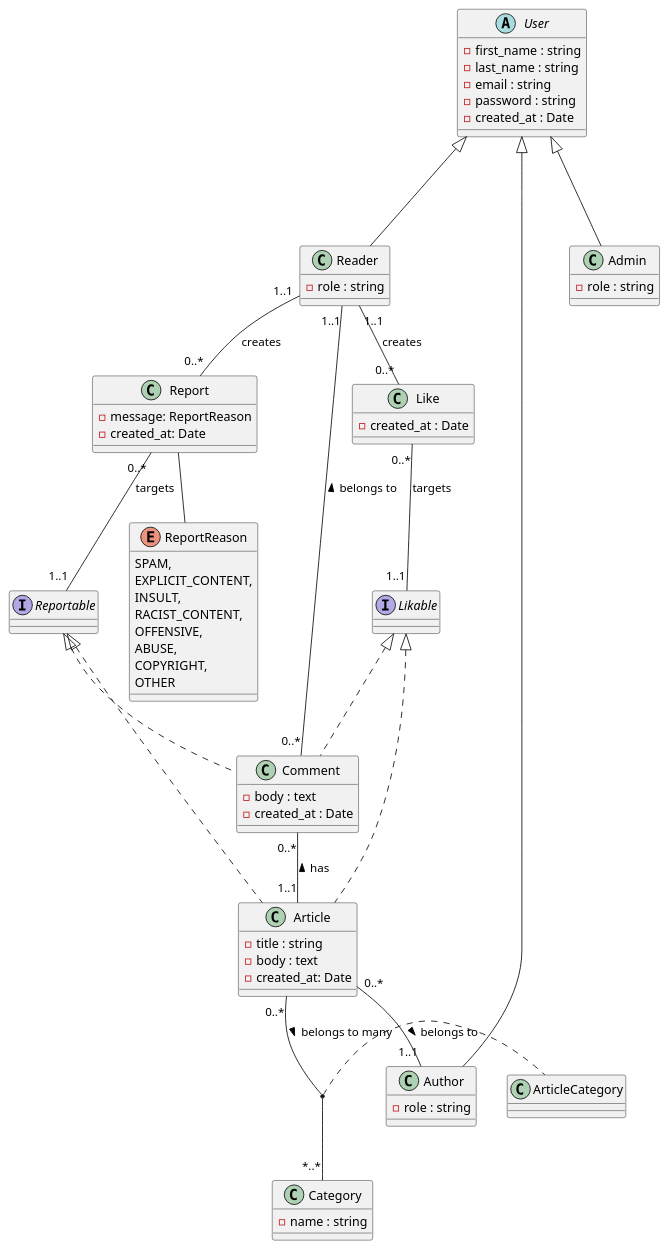
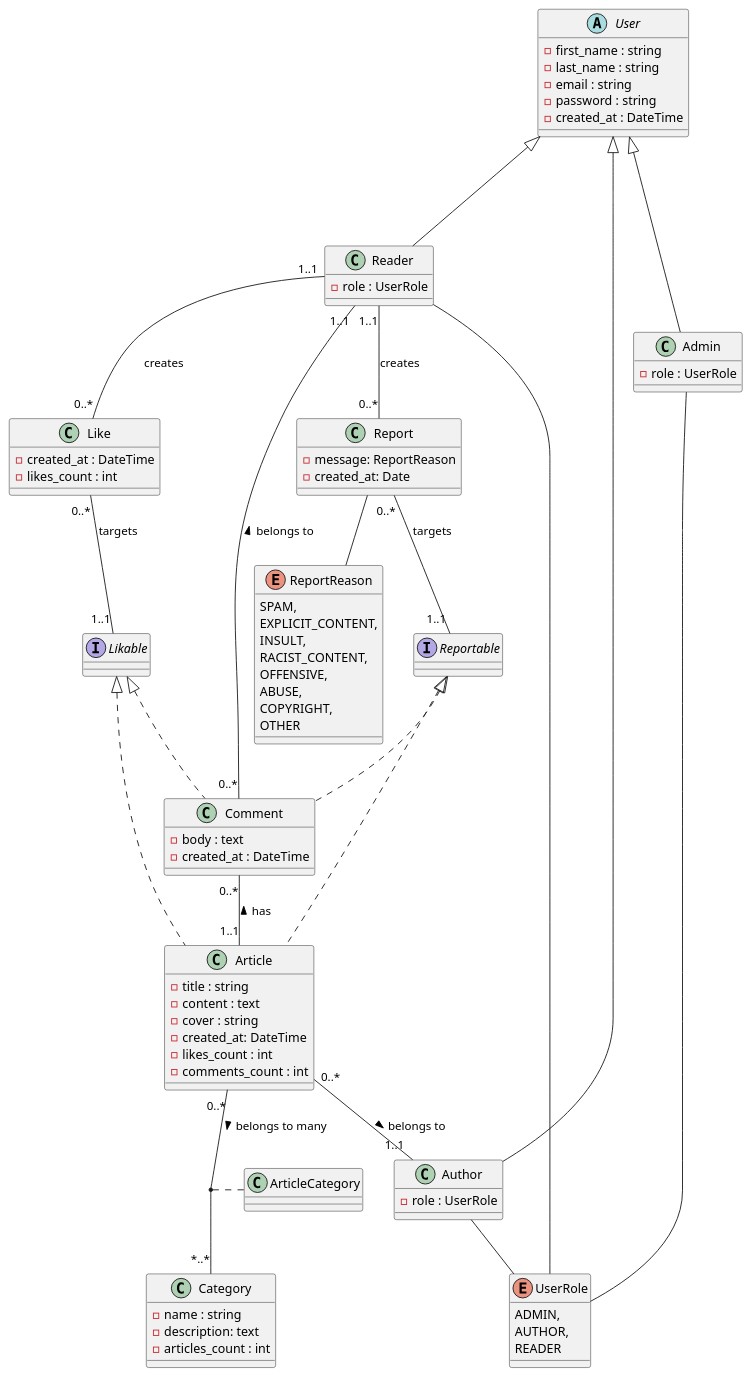
One commit to Badr-Eddine-Slaoui/YouCodeFirstYearSprintFourBriefTwo changed the diagram in conception/class_diagram.puml. Above: the diagram before and after it, drawn with PlantUML.

Commit message:
Update Class Diagram

```diff
--- a/conception/class_diagram.puml
+++ b/conception/class_diagram.puml
@@ -1,88 +1,104 @@
 @startuml
     abstract class User {
         - first_name : string
         - last_name : string
         - email : string
         - password : string
-        - created_at : Date
+        - created_at : DateTime
+    }
+
+    enum UserRole{
+        ADMIN,
+        AUTHOR,
+        READER
     }
 
     class Reader {
-        - role : string
+        - role : UserRole
     }
 
     class Author {
-        - role : string
+        - role : UserRole
     }
 
     class Admin {
-        - role : string
+        - role : UserRole
     }
 
 
     class Article {
         - title : string
-        - body : text
-        - created_at: Date
+        - content : text
+        - cover : string
+        - created_at: DateTime
+        - likes_count : int
+        - comments_count : int
     }
 
 
     class Comment {
         - body : text
-        - created_at : Date
+        - created_at : DateTime
     }
 
     class Like {
-        - created_at : Date
+        - created_at : DateTime
+        - likes_count : int
     }
 
     interface Likable {
     }
 
     class Category {
         - name : string
+        - description: text
+        - articles_count : int
     }
 
     interface Reportable {
     }
 
     class Report {
         - message: ReportReason
         - created_at: Date
     }
 
     enum ReportReason{
         SPAM,
         EXPLICIT_CONTENT,
         INSULT,
         RACIST_CONTENT,
         OFFENSIVE,
         ABUSE,
         COPYRIGHT,
         OTHER
     }
 
     User <|--- Reader
     User <|--- Admin
     User <|--- Author
 
+    Reader -- UserRole
+    Admin -- UserRole
+    Author -- UserRole
+
     Likable <|.. Article
     Likable <|.. Comment
 
     Reportable <|.. Article
     Reportable <|.. Comment
 
 
     Article "0..*" -- "1..1" Author : belongs to >
     Article "0..*" -- "*..*" Category : belongs to many >
     (Article, Category) .. ArticleCategory
     Comment "0..*" -- "1..1" Reader : belongs to >
     Comment "0..*" -- "1..1" Article : has <
     Reader "1..1" -- "0..*" Like : creates
     Like "0..*" -- "1..1" Likable : targets
     Reader "1..1" -- "0..*" Report : creates
     Report "0..*" -- "1..1" Reportable : targets
     Report -- ReportReason
 
 
 @endumlb
```
